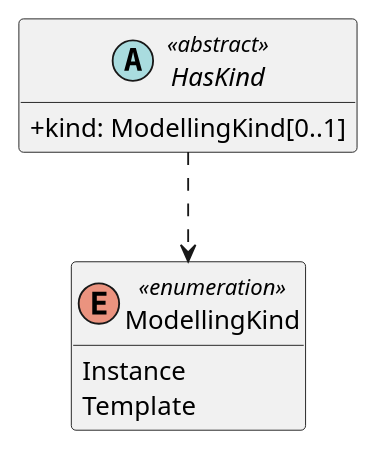
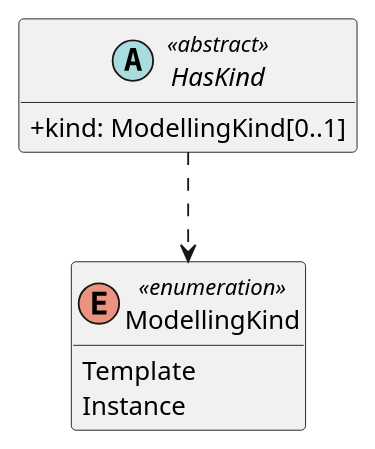
One commit to zrgt/py2puml changed the diagram in output/17_HasKind.puml. Above: the diagram before and after it, drawn with PlantUML. The commit also changed other lines of this file and 68 other files, not shown here.

```diff
--- a/output/17_HasKind.puml
+++ b/output/17_HasKind.puml
@@ -1,13 +1,13 @@
 @startuml
 skinparam classAttributeIconSize 0
 hide methods
 
 abstract class HasKind <<abstract>> {
   +kind: ModellingKind[0..1] 
 }
 enum ModellingKind <<enumeration>> {
+  Template
   Instance
-  Template
 }
 HasKind ..> ModellingKind
 @enduml
```
